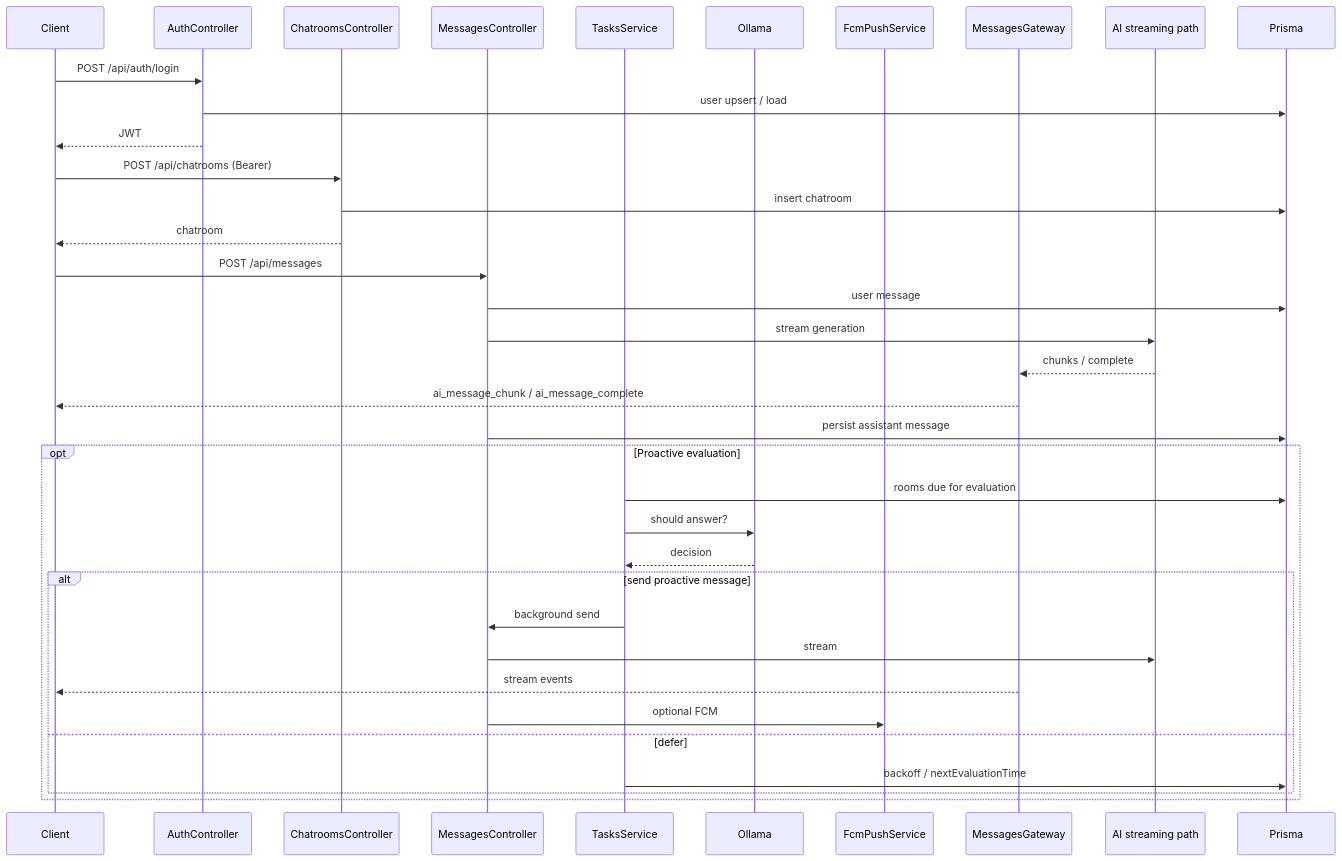
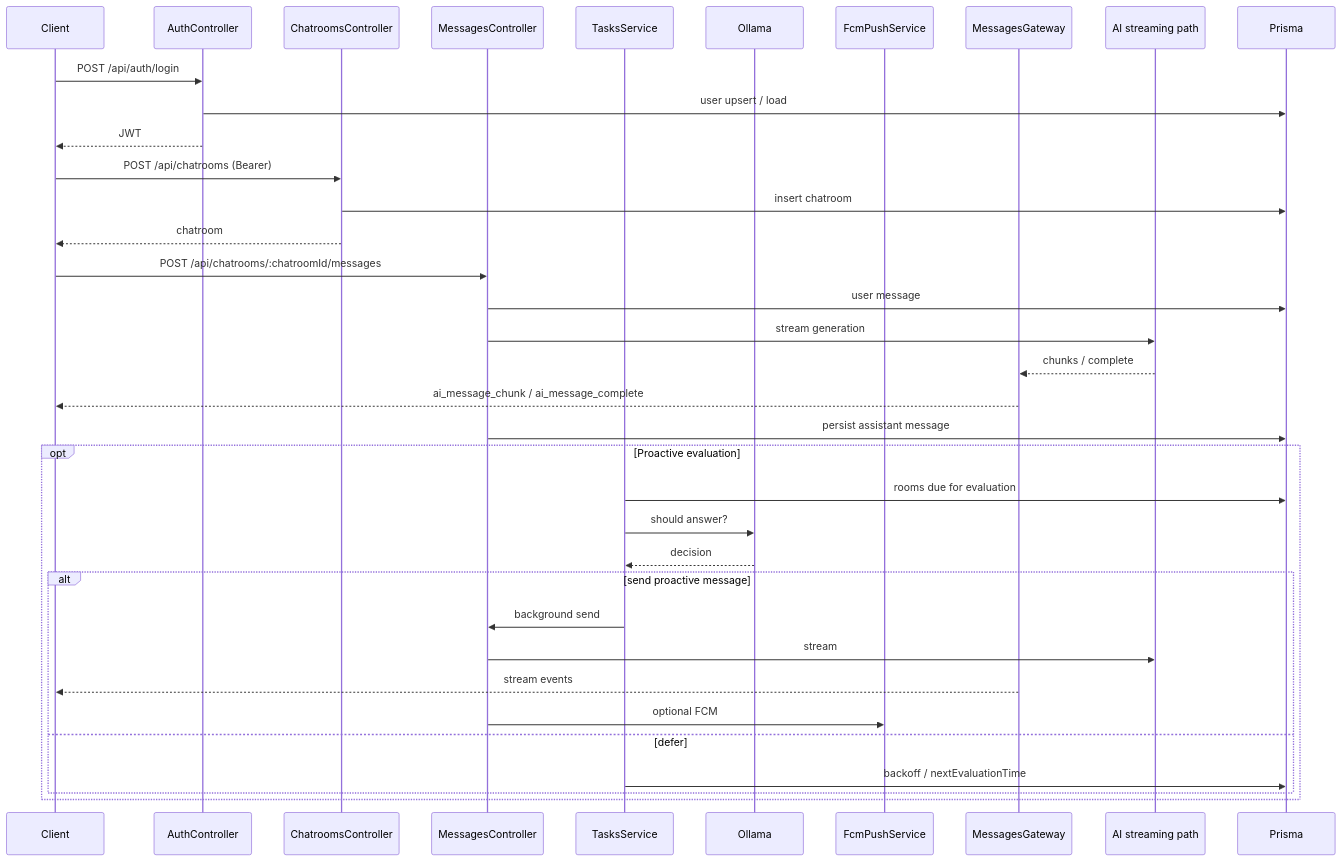
The diagram in backend/README.md (wndgur2/chatty), drawn with Mermaid before and after one commit. The commit also changed other lines of this file and 6 other files, not shown here.

````diff
--- a/backend/README.md
+++ b/backend/README.md
@@ -185,42 +168,42 @@
 ```mermaid
 sequenceDiagram
   participant Client as Client
   participant Auth as AuthController
   participant Chatrooms as ChatroomsController
   participant Messages as MessagesController
   participant Tasks as TasksService
   participant Eval as Ollama
   participant Push as FcmPushService
   participant Gateway as MessagesGateway
   participant AI as AI streaming path
   participant DB as Prisma
 
   Client->>Auth: POST /api/auth/login
   Auth->>DB: user upsert / load
   Auth-->>Client: JWT
 
   Client->>Chatrooms: POST /api/chatrooms (Bearer)
   Chatrooms->>DB: insert chatroom
   Chatrooms-->>Client: chatroom
 
-  Client->>Messages: POST /api/messages
+  Client->>Messages: POST /api/chatrooms/:chatroomId/messages
   Messages->>DB: user message
   Messages->>AI: stream generation
   AI-->>Gateway: chunks / complete
   Gateway-->>Client: ai_message_chunk / ai_message_complete
   Messages->>DB: persist assistant message
 
   opt Proactive evaluation
     Tasks->>DB: rooms due for evaluation
     Tasks->>Eval: should answer?
     Eval-->>Tasks: decision
     alt send proactive message
       Tasks->>Messages: background send
       Messages->>AI: stream
       Gateway-->>Client: stream events
       Messages->>Push: optional FCM
     else defer
       Tasks->>DB: backoff / nextEvaluationTime
     end
   end
 ```
````
